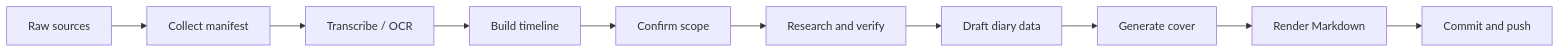
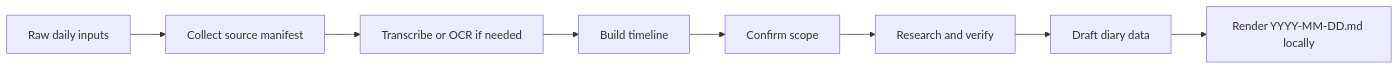
The diagram in README.md (BlackTreeBoom/daily-diary-skill), drawn with Mermaid before and after one commit. The commit also changed other lines of this file and 10 other files, not shown here.

````diff
--- a/README.md
+++ b/README.md
@@ -75,12 +42,10 @@
 ```mermaid
 flowchart LR
-  A["Raw sources"] --> B["Collect manifest"]
-  B --> C["Transcribe / OCR"]
+  A["Raw daily inputs"] --> B["Collect source manifest"]
+  B --> C["Transcribe or OCR if needed"]
   C --> D["Build timeline"]
   D --> E["Confirm scope"]
   E --> F["Research and verify"]
   F --> G["Draft diary data"]
-  G --> H["Generate cover"]
-  H --> I["Render Markdown"]
-  I --> J["Commit and push"]
+  G --> H["Render YYYY-MM-DD.md locally"]
 ```
````
